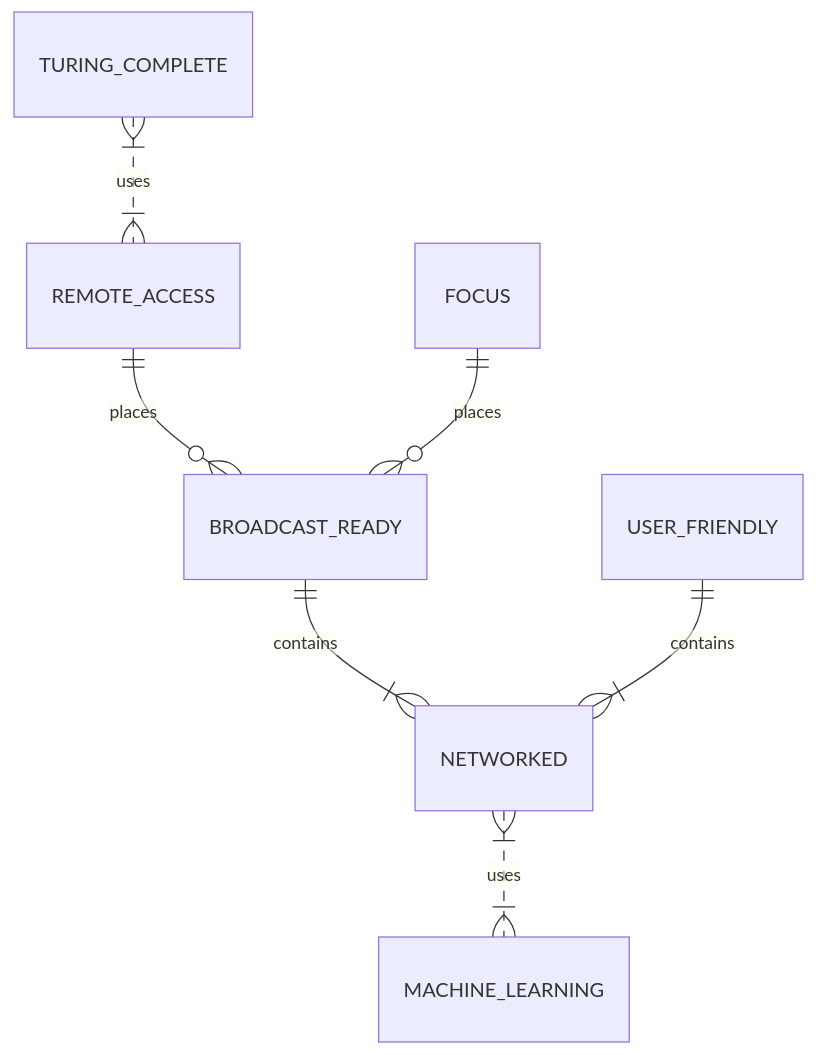
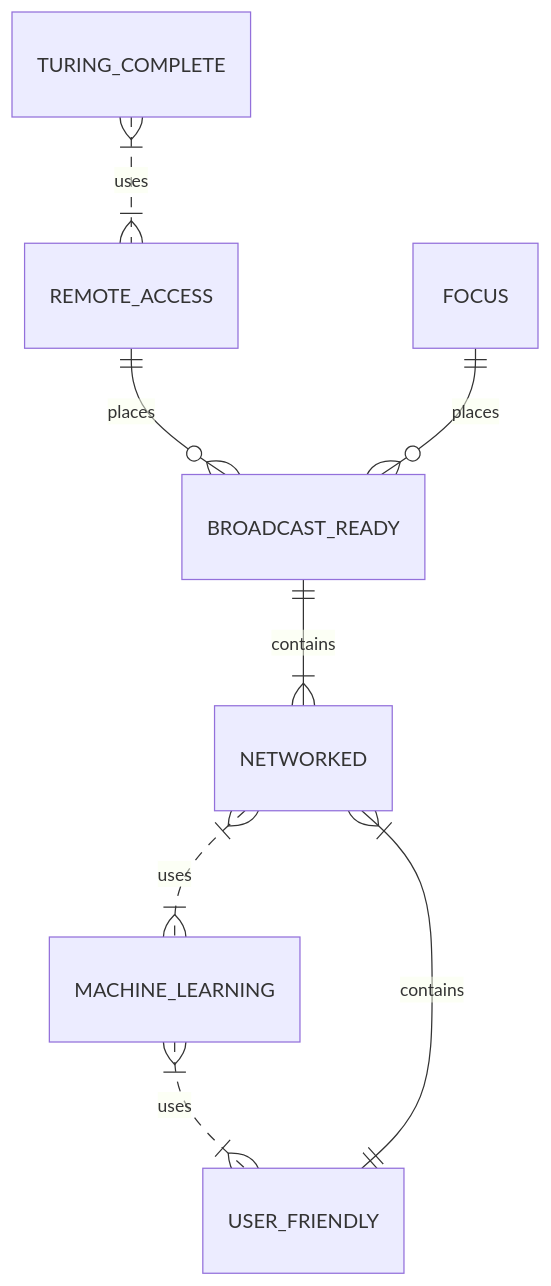
The first of 2 diagrams in README.md (alex-mccombie/resume_readme), drawn with Mermaid before and after one commit.

````diff
--- a/README.md
+++ b/README.md
@@ -11,9 +11,10 @@
 ```mermaid
 erDiagram
     REMOTE_ACCESS ||--o{ BROADCAST_READY : places
     BROADCAST_READY ||--|{ NETWORKED : contains
     NETWORKED }|..|{ MACHINE_LEARNING : uses
+    MACHINE_LEARNING }|..|{ USER_FRIENDLY : uses
     FOCUS ||--o{ BROADCAST_READY : places
     USER_FRIENDLY ||--|{ NETWORKED : contains
     TURING_COMPLETE }|..|{ REMOTE_ACCESS : uses
 ```    
````
